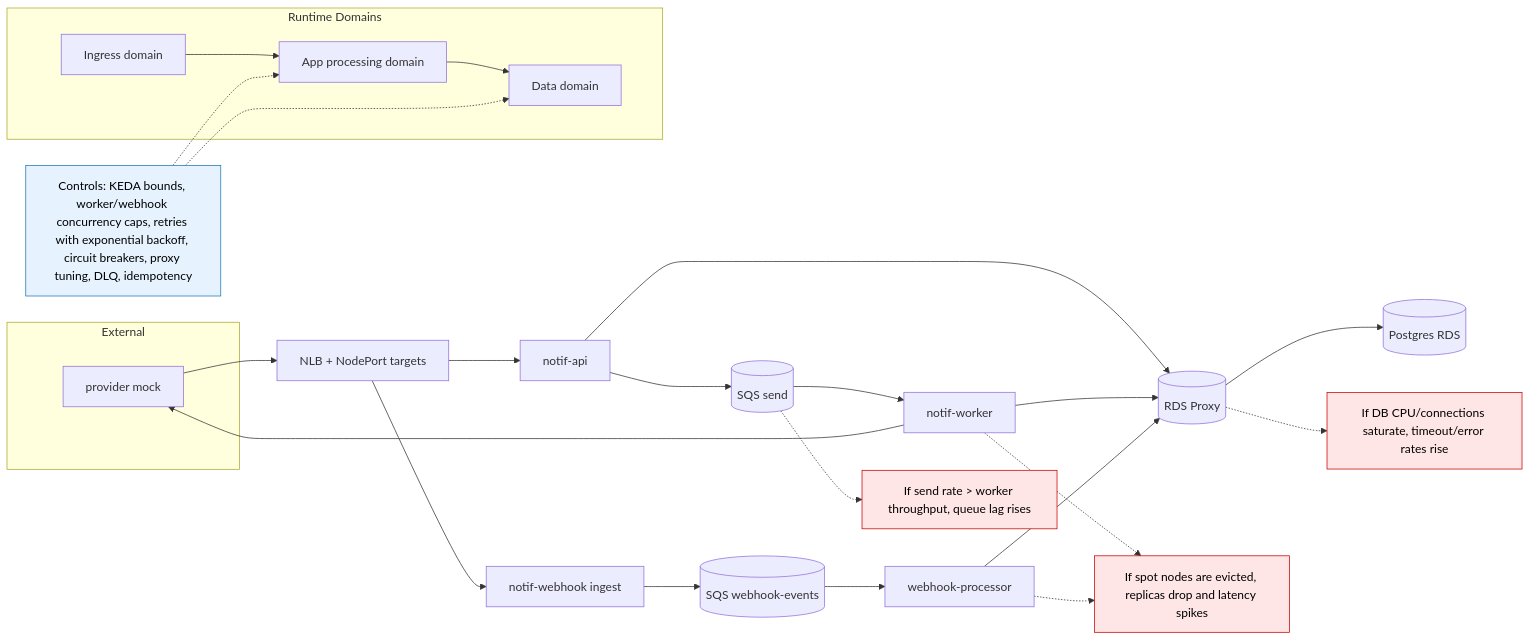
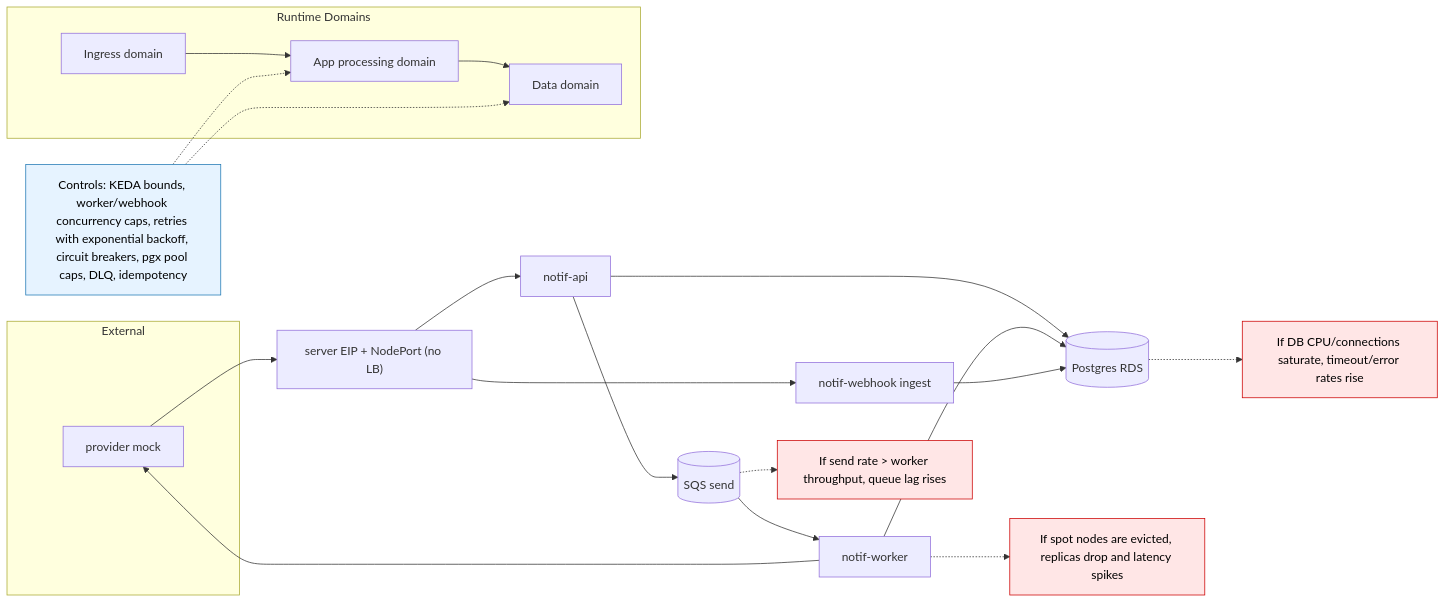
One commit to sagarsuperuser/notif-service changed the diagram in docs/architecture/04-scaling-failure-domains.md. Above: the diagram before and after it, drawn with Mermaid. The commit also changed other lines of this file and 19 other files, not shown here.

First line of the commit message:
infra: pragmatic topology — drop NAT, bastion, internal API NLB, RDS Proxy, role-pinned node pools (#75)

````diff
--- a/docs/architecture/04-scaling-failure-domains.md
+++ b/docs/architecture/04-scaling-failure-domains.md
@@ -3,49 +3,43 @@
 ```mermaid
 flowchart LR
   subgraph ext[External]
     mock[provider mock]
   end
 
   subgraph domains[Runtime Domains]
     ingress[Ingress domain]
     app[App processing domain]
     data[Data domain]
   end
 
   ingress --> app --> data
 
-  nlb[NLB + NodePort targets]
+  entry["server EIP + NodePort (no LB)"]
   api[notif-api]
   webhook[notif-webhook ingest]
   worker[notif-worker]
-  whproc[webhook-processor]
   qsend[(SQS send)]
-  qwebhook[(SQS webhook-events)]
-  proxy[(RDS Proxy)]
   db[(Postgres RDS)]
 
-  nlb --> api
-  nlb --> webhook
+  entry --> api
+  entry --> webhook
   api --> qsend --> worker --> mock
-  mock --> nlb
-  webhook --> qwebhook --> whproc
-  api --> proxy
-  worker --> proxy
-  whproc --> proxy
-  proxy --> db
+  mock --> entry
+  api --> db
+  worker --> db
+  webhook --> db
 
   classDef risk fill:#ffe6e6,stroke:#c00,color:#000;
   classDef ctrl fill:#e6f3ff,stroke:#1f78b4,color:#000;
 
   overload_worker["If send rate > worker throughput, queue lag rises"]:::risk
   overload_db["If DB CPU/connections saturate, timeout/error rates rise"]:::risk
   spot_loss["If spot nodes are evicted, replicas drop and latency spikes"]:::risk
-  controls["Controls: KEDA bounds, worker/webhook concurrency caps, retries with exponential backoff, circuit breakers, proxy tuning, DLQ, idempotency"]:::ctrl
+  controls["Controls: KEDA bounds, worker/webhook concurrency caps, retries with exponential backoff, circuit breakers, pgx pool caps, DLQ, idempotency"]:::ctrl
 
   qsend -.-> overload_worker
-  proxy -.-> overload_db
+  db -.-> overload_db
   worker -.-> spot_loss
-  whproc -.-> spot_loss
   controls -.-> app
   controls -.-> data
 ```
````
